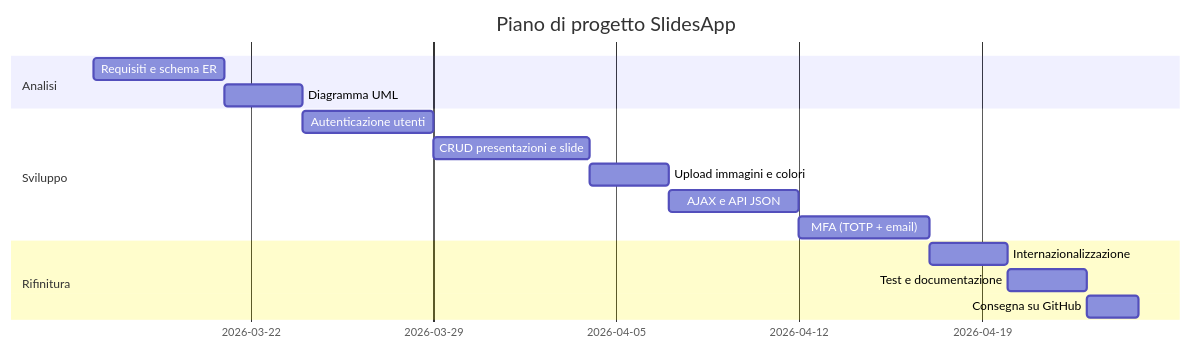
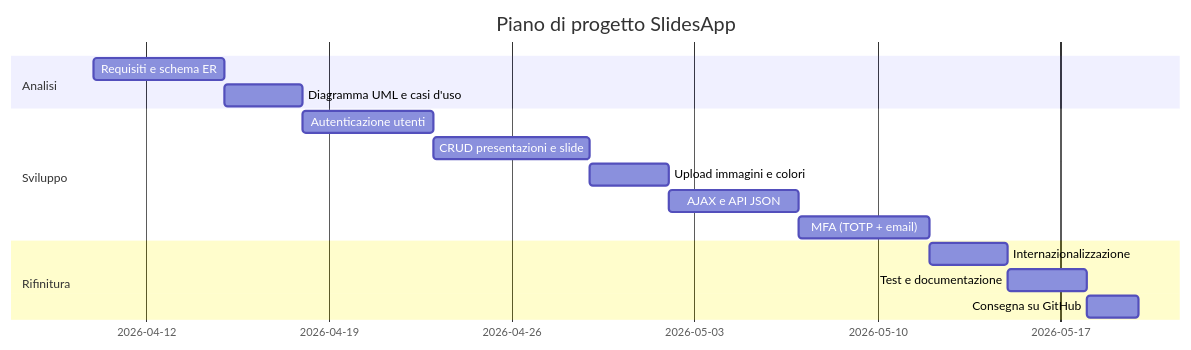
Before and after one commit to CristianMonticelli/Progetto_Maturita: the first of 3 diagrams in Documento_Requisiti_SlidesApp.md, drawn with Mermaid. The commit also changed other lines of this file, not shown here.

````diff
--- a/Documento_Requisiti_SlidesApp.md
+++ b/Documento_Requisiti_SlidesApp.md
@@ -179,18 +200,18 @@
 ```mermaid
 gantt
     dateFormat  YYYY-MM-DD
     title Piano di progetto SlidesApp
     section Analisi
-    Requisiti e schema ER         :a1, 2026-03-16, 5d
-    Diagramma UML                 :a2, after a1, 3d
+    Requisiti e schema ER         :a1, 2026-04-10, 5d
+    Diagramma UML e casi d'uso    :a2, after a1, 3d
     section Sviluppo
     Autenticazione utenti         :b1, after a2, 5d
     CRUD presentazioni e slide    :b2, after b1, 6d
     Upload immagini e colori      :b3, after b2, 3d
     AJAX e API JSON               :b4, after b3, 5d
     MFA (TOTP + email)            :b5, after b4, 5d
     section Rifinitura
     Internazionalizzazione        :c1, after b5, 3d
     Test e documentazione         :c2, after c1, 3d
     Consegna su GitHub            :c3, after c2, 2d
 ```
````
